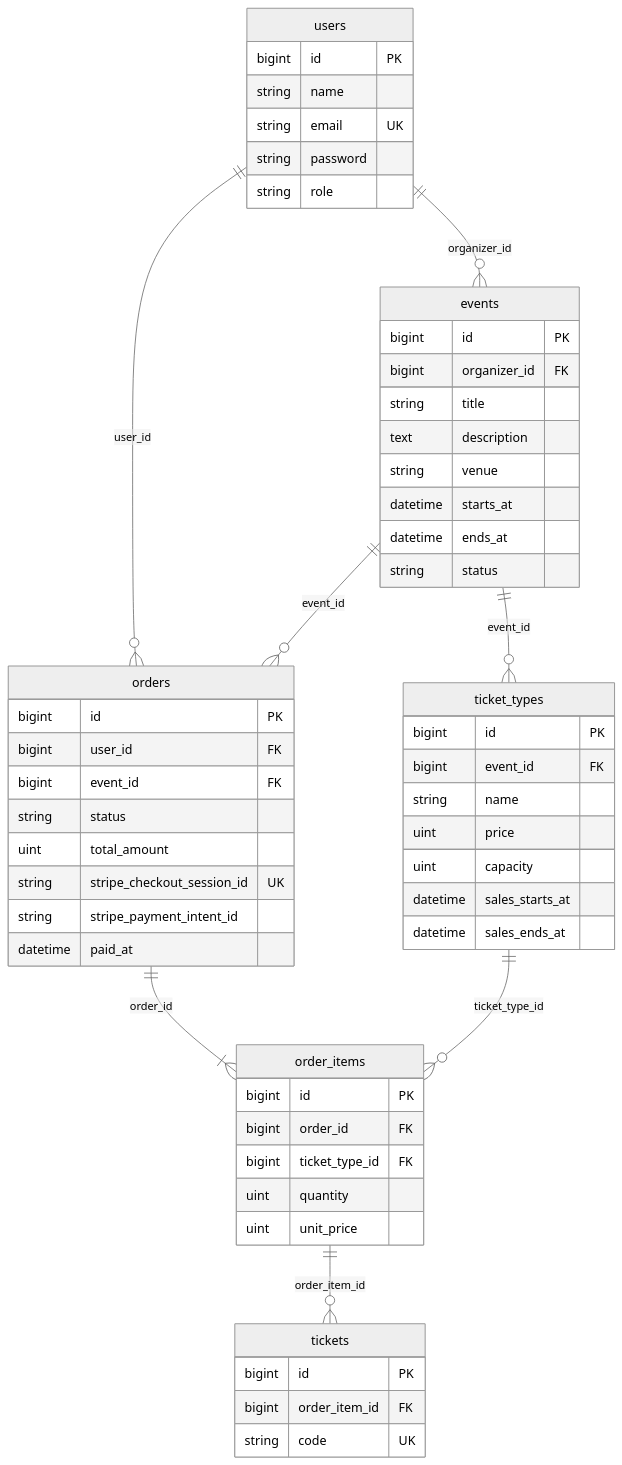
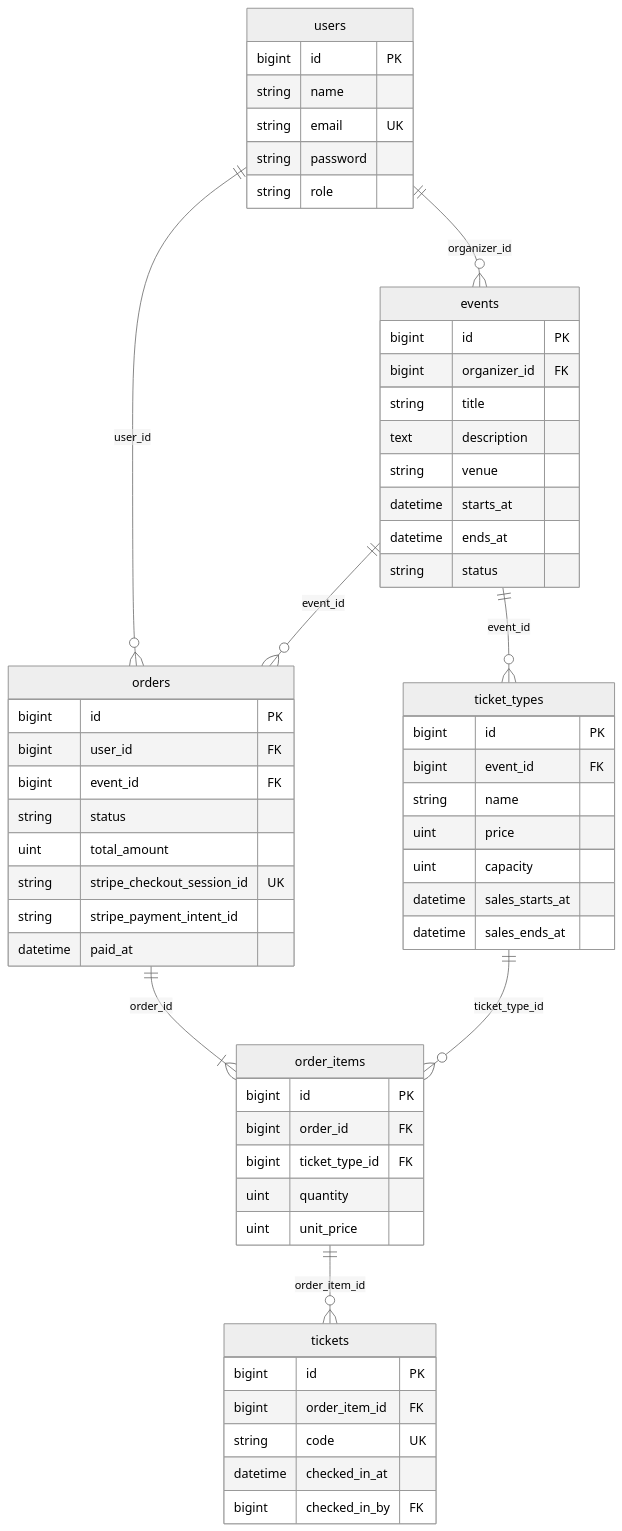
Before and after one commit to nekonimatatabi/ticket-app: the diagram in doc/design/database.md, drawn with Mermaid (neutral theme). The commit also changed other lines of this file and 25 other files, not shown here.

````diff
--- a/doc/design/database.md
+++ b/doc/design/database.md
@@ -5,59 +5,61 @@
 ```mermaid
 erDiagram
     users ||--o{ events : organizer_id
     users ||--o{ orders : user_id
     events ||--o{ ticket_types : event_id
     events ||--o{ orders : event_id
     orders ||--|{ order_items : order_id
     ticket_types ||--o{ order_items : ticket_type_id
     order_items ||--o{ tickets : order_item_id
 
     users {
         bigint id PK
         string name
         string email UK
         string password
         string role
     }
     events {
         bigint id PK
         bigint organizer_id FK
         string title
         text description
         string venue
         datetime starts_at
         datetime ends_at
         string status
     }
     ticket_types {
         bigint id PK
         bigint event_id FK
         string name
         uint price
         uint capacity
         datetime sales_starts_at
         datetime sales_ends_at
     }
     orders {
         bigint id PK
         bigint user_id FK
         bigint event_id FK
         string status
         uint total_amount
         string stripe_checkout_session_id UK
         string stripe_payment_intent_id
         datetime paid_at
     }
     order_items {
         bigint id PK
         bigint order_id FK
         bigint ticket_type_id FK
         uint quantity
         uint unit_price
     }
     tickets {
         bigint id PK
         bigint order_item_id FK
         string code UK
+        datetime checked_in_at
+        bigint checked_in_by FK
     }
 ```
````
